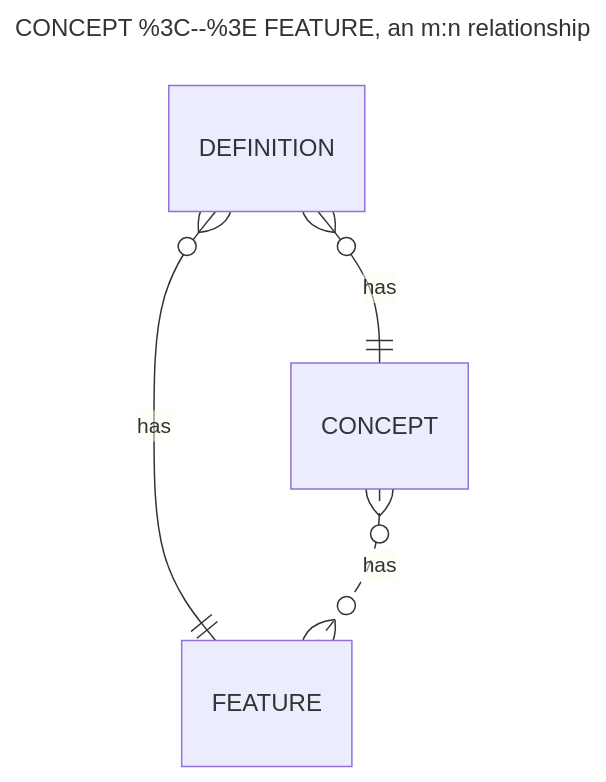
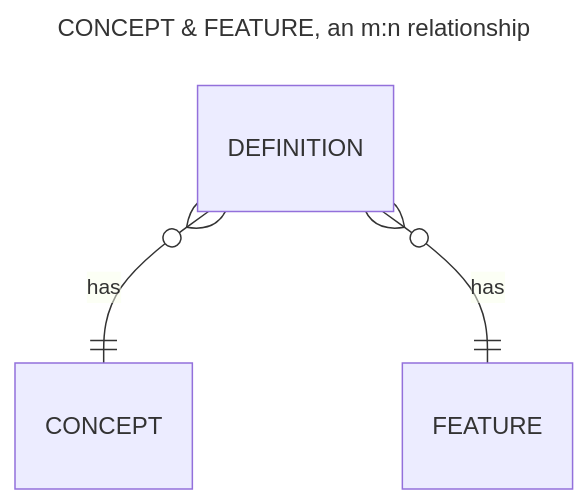
One commit to polarlabs/kodiak-diagrams changed the second of 3 diagrams in README.md. Above: the diagram before and after it, drawn with Mermaid.

Commit message:
fix: title of m:n relation

````diff
--- a/README.md
+++ b/README.md
@@ -20,9 +20,8 @@
 ```mermaid
 ---
-title: CONCEPT %3C--%3E FEATURE, an m:n relationship
+title: CONCEPT & FEATURE, an m:n relationship
 ---
 erDiagram
     DEFINITION }o--|| CONCEPT : has
     DEFINITION }o--|| FEATURE : has
-    CONCEPT    }o..o{ FEATURE : has
 ```
````
